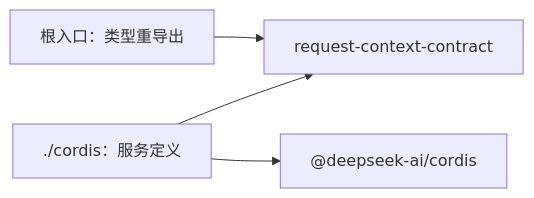
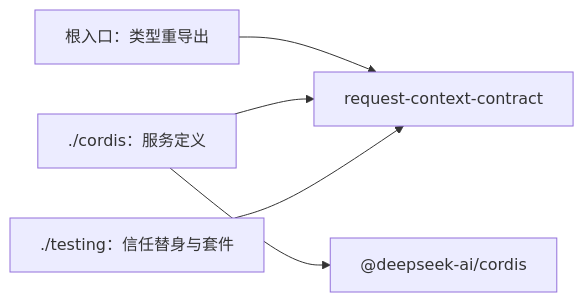
Before and after one commit to nemori-ai/omne-harness-lite: the diagram in packages/context/request-context-cordis-contract/docs/architecture.md, drawn with Mermaid. The commit also changed other lines of this file and 30 other files, not shown here.

````diff
--- a/packages/context/request-context-cordis-contract/docs/architecture.md
+++ b/packages/context/request-context-cordis-contract/docs/architecture.md
@@ -16,6 +17,7 @@
 ```mermaid
 flowchart LR
   Root[根入口：类型重导出] --> RQC[request-context-contract]
   Cordis[./cordis：服务定义] --> RQC
+  Testing[./testing：信任替身与套件] --> RQC
   Cordis --> Lib["@deepseek-ai/cordis"]
 ```
````
